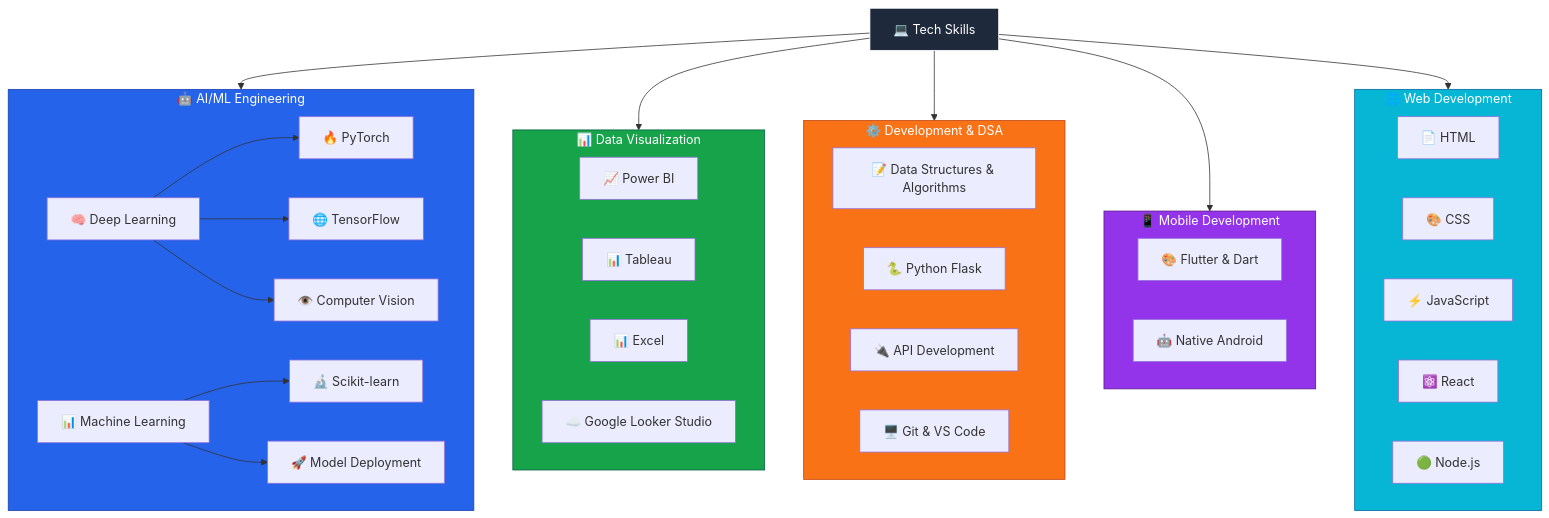
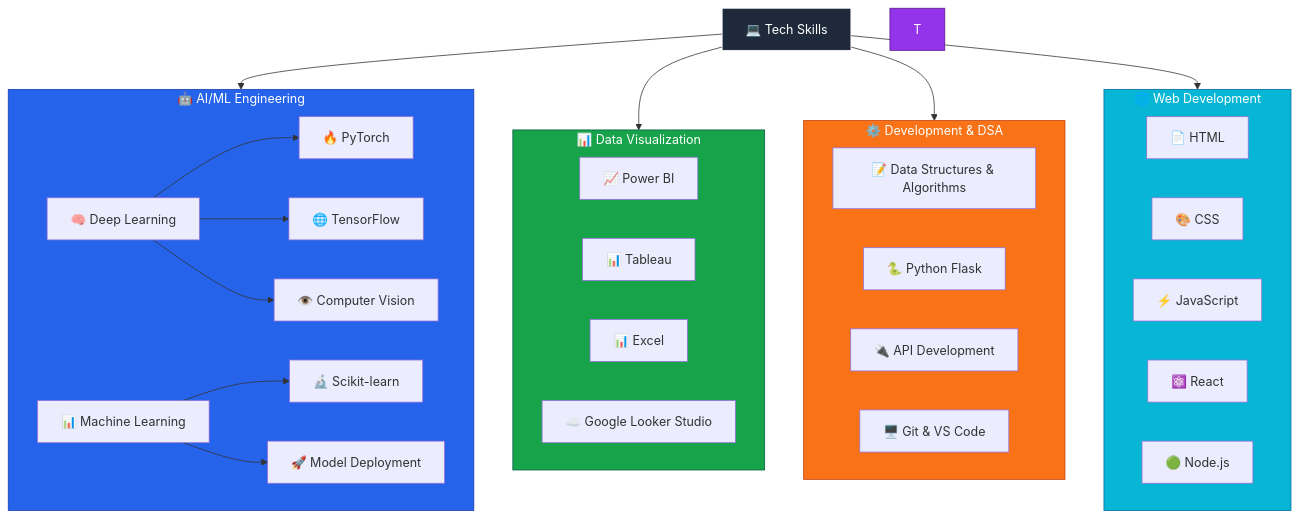
One commit to MangaKaveri/MangaKaveri changed the diagram in README.md. Above: the diagram before and after it, drawn with Mermaid.

Commit message:
README.md

````diff
--- a/README.md
+++ b/README.md
@@ -84,63 +84,56 @@
 ```mermaid
 flowchart TD
   %% Root
   A[💻 Tech Skills]
 
   %% AI/ML Engineering
   subgraph B[🤖 AI/ML Engineering]
     C[🧠 Deep Learning]
     C --> D[🔥 PyTorch]
     C --> E[🌐 TensorFlow]
     C --> F[👁️ Computer Vision]
 
     G[📊 Machine Learning]
     G --> H[🔬 Scikit-learn]
     G --> I[🚀 Model Deployment]
   end
   A --> B
 
   %% Data Visualization
   subgraph J[📊 Data Visualization]
     K[📈 Power BI]
     L[📊 Tableau]
     M[📊 Excel]
     N[☁️ Google Looker Studio]
   end
   A --> J
 
   %% Development & DSA
   subgraph O[⚙️ Development & DSA]
     P[📝 Data Structures & Algorithms]
     Q[🐍 Python Flask]
     R[🔌 API Development]
     S[🖥️ Git & VS Code]
   end
   A --> O
 
-  %% Mobile Development
-  subgraph T[📱 Mobile Development]
-    U[🎨 Flutter & Dart]
-    V[🤖 Native Android]
-  end
-  A --> T
-
-  %% Web Development (NEW)
+  %% Web Development (UPDATED)
   subgraph W[🌐 Web Development]
     X[📄 HTML]
     Y[🎨 CSS]
     Z[⚡ JavaScript]
     AA[⚛️ React]
     AB[🟢 Node.js]
   end
   A --> W
 
   %% --- COLORS ---
   style A fill:#1e293b,stroke:#ffffff,color:#ffffff
 
   style B fill:#2563eb,stroke:#1e40af,color:#ffffff
   style J fill:#16a34a,stroke:#065f46,color:#ffffff
   style O fill:#f97316,stroke:#c2410c,color:#ffffff
   style T fill:#9333ea,stroke:#581c87,color:#ffffff
   style W fill:#06b6d4,stroke:#0369a1,color:#ffffff
 
 ```
````
